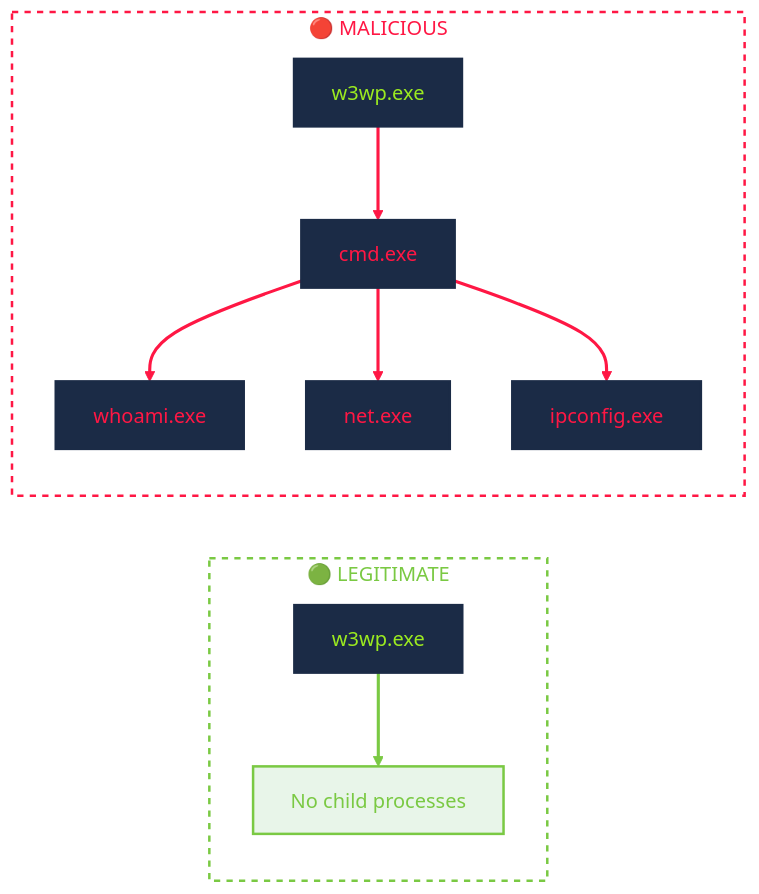
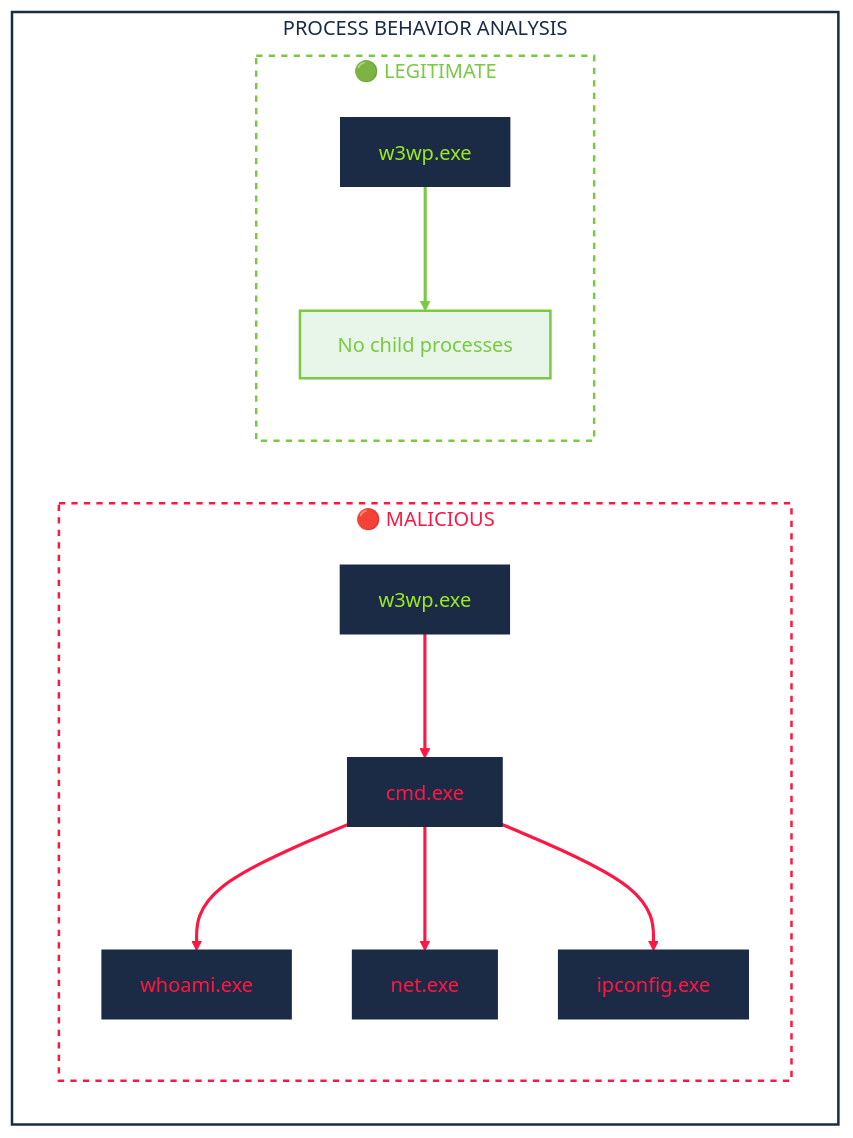
One commit to farizrepo/soc changed the second of 2 diagrams in 01-Active-Directory/Initial-Access-Investigation.md. Above: the diagram before and after it, drawn with Mermaid. The commit also changed other lines of this file, not shown here.

````diff
--- a/01-Active-Directory/Initial-Access-Investigation.md
+++ b/01-Active-Directory/Initial-Access-Investigation.md
@@ -75,40 +105,46 @@
 ```mermaid
 graph LR;
 
-    subgraph LEGITIMATE["🟢 LEGITIMATE"]
-        direction TB
-        A["w3wp.exe"]
-        B["No child processes"]
+    subgraph MAIN["PROCESS BEHAVIOR ANALYSIS"]
+        direction LR
 
-        A --> B
+        subgraph MALICIOUS["🔴 MALICIOUS"]
+            direction TB
+            C["w3wp.exe"]
+            D["cmd.exe"]
+            E["whoami.exe"]
+            F["net.exe"]
+            G["ipconfig.exe"]
+
+            C --> D
+            D --> E
+            D --> F
+            D --> G
+        end
+
+        subgraph LEGITIMATE["🟢 LEGITIMATE"]
+            direction TB
+            A["w3wp.exe"]
+            B["No child processes"]
+
+            A --> B
+        end
     end
 
-    subgraph MALICIOUS["🔴 MALICIOUS"]
-        direction TB
-        C["w3wp.exe"]
-        D["cmd.exe"]
-        E["whoami.exe"]
-        F["net.exe"]
-        G["ipconfig.exe"]
-
-        C --> D
-        D --> E
-        D --> F
-        D --> G
-    end
-
-    style A fill:#1b2b46,color:#9bea20,stroke:#1b2b46,stroke-width:2px
-    style B fill:#e8f5e9,color:#7ac943,stroke:#7ac943,stroke-width:2px
+    style MAIN fill:#ffffff,color:#1b2b46,stroke:#1b2b46,stroke-width:2px
 
     style C fill:#1b2b46,color:#9bea20,stroke:#1b2b46,stroke-width:2px
     style D fill:#1b2b46,color:#ff1744,stroke:#1b2b46,stroke-width:2px
     style E fill:#1b2b46,color:#ff1744,stroke:#1b2b46,stroke-width:2px
     style F fill:#1b2b46,color:#ff1744,stroke:#1b2b46,stroke-width:2px
     style G fill:#1b2b46,color:#ff1744,stroke:#1b2b46,stroke-width:2px
 
+    style A fill:#1b2b46,color:#9bea20,stroke:#1b2b46,stroke-width:2px
+    style B fill:#e8f5e9,color:#7ac943,stroke:#7ac943,stroke-width:2px
+
+    style MALICIOUS fill:#ffffff,color:#ff1744,stroke:#ff1744,stroke-width:2px,stroke-dasharray:5 5
     style LEGITIMATE fill:#ffffff,color:#7ac943,stroke:#7ac943,stroke-width:2px,stroke-dasharray:5 5
-    style MALICIOUS fill:#ffffff,color:#ff1744,stroke:#ff1744,stroke-width:2px,stroke-dasharray:5 5
 
-    linkStyle 0 stroke:#7ac943,stroke-width:2.5px
-    linkStyle 1,2,3,4 stroke:#ff1744,stroke-width:2.5px
+    linkStyle 0,1,2,3 stroke:#ff1744,stroke-width:2.5px
+    linkStyle 4 stroke:#7ac943,stroke-width:2.5px
 ```
````
